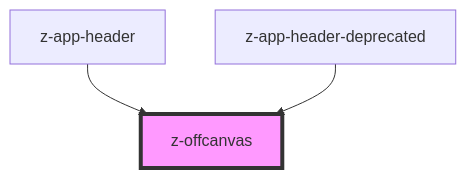
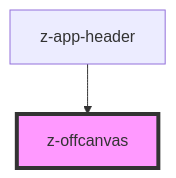
One commit to ZanichelliEditore/design-system changed the diagram in src/components/z-offcanvas/readme.md. Above: the diagram before and after it, drawn with Mermaid. The commit also changed other lines of this file and 119 other files, not shown here.

````diff
--- a/src/components/z-offcanvas/readme.md
+++ b/src/components/z-offcanvas/readme.md
@@ -55,6 +54,5 @@
 ```mermaid
 graph TD;
   z-app-header --> z-offcanvas
-  z-app-header-deprecated --> z-offcanvas
   style z-offcanvas fill:#f9f,stroke:#333,stroke-width:4px
 ```
````
